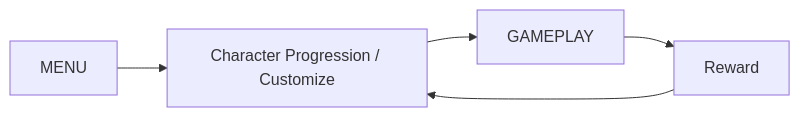
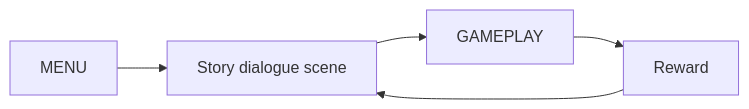
Before and after one commit to SShoww/Your-Story: the diagram in Docs/GDD/01-core-loop.md, drawn with Mermaid. The commit also changed other lines of this file, not shown here.

````diff
--- a/Docs/GDD/01-core-loop.md
+++ b/Docs/GDD/01-core-loop.md
@@ -12,7 +12,7 @@
 ```mermaid
 flowchart LR
-A[MENU] --> B[Character Progression / Customize]
+A[MENU] --> B[Story dialogue scene]
 B --> C[GAMEPLAY]
 C --> D[Reward]
 D --> B
 ```
````
